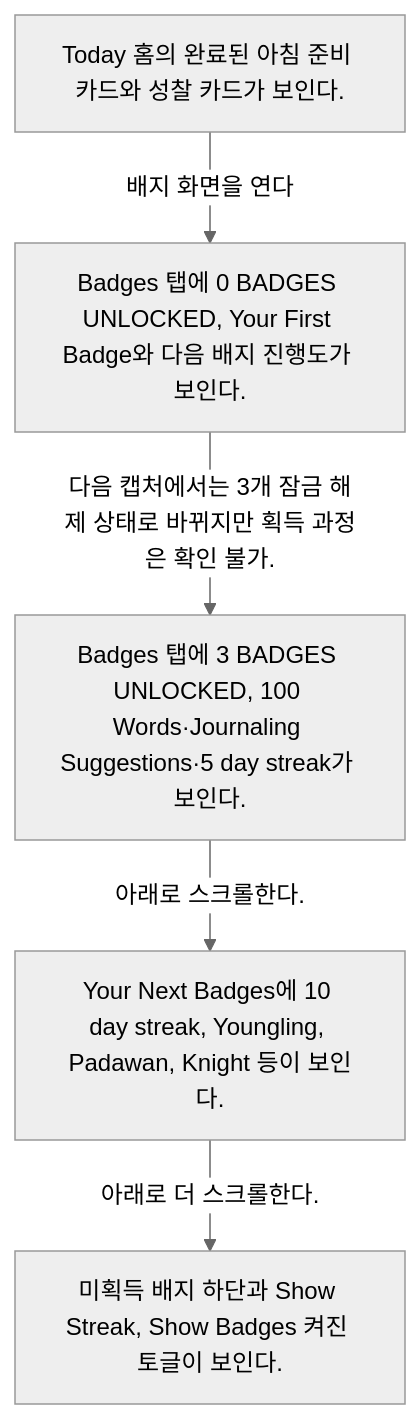
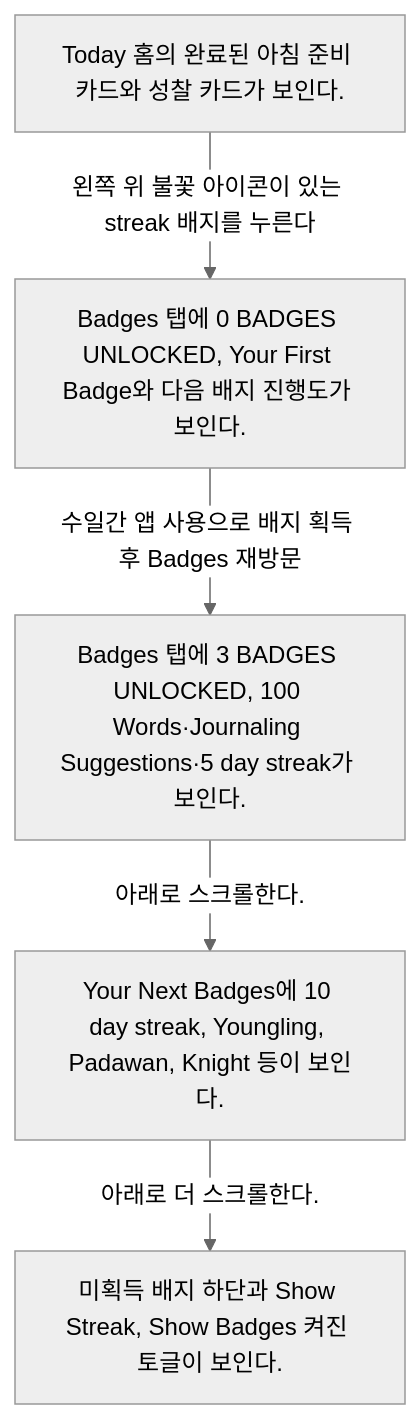
One commit to Dev-Corgi/Stoic-Build-Clone-Test changed the diagram in docs/Stoic/flows/badges-6b59a91e/README.md. Above: the diagram before and after it, drawn with Mermaid (neutral theme). The commit also changed other lines of this file and 23 other files, not shown here.

Commit message:
docs: verify Stoic flows with user-confirmed transitions

````diff
--- a/docs/Stoic/flows/badges-6b59a91e/README.md
+++ b/docs/Stoic/flows/badges-6b59a91e/README.md
@@ -8,12 +8,12 @@
 ```mermaid
 flowchart TD
   S1["Today 홈의 완료된 아침 준비 카드와 성찰 카드가 보인다."]
-  S1 -->|배지 화면을 연다| S2
+  S1 -->|왼쪽 위 불꽃 아이콘이 있는 streak 배지를 누른다| S2
   S2["Badges 탭에 0 BADGES UNLOCKED, Your First Badge와 다음 배지 진행도가 보인다."]
-  S2 -->|다음 캡처에서는 3개 잠금 해제 상태로 바뀌지만 획득 과정은 확인 불가.| S3
+  S2 -->|수일간 앱 사용으로 배지 획득 후 Badges 재방문| S3
   S3["Badges 탭에 3 BADGES UNLOCKED, 100 Words·Journaling Suggestions·5 day streak가 보인다."]
   S3 -->|아래로 스크롤한다.| S4
   S4["Your Next Badges에 10 day streak, Youngling, Padawan, Knight 등이 보인다."]
   S4 -->|아래로 더 스크롤한다.| S5
   S5["미획득 배지 하단과 Show Streak, Show Badges 켜진 토글이 보인다."]
 ```
````
